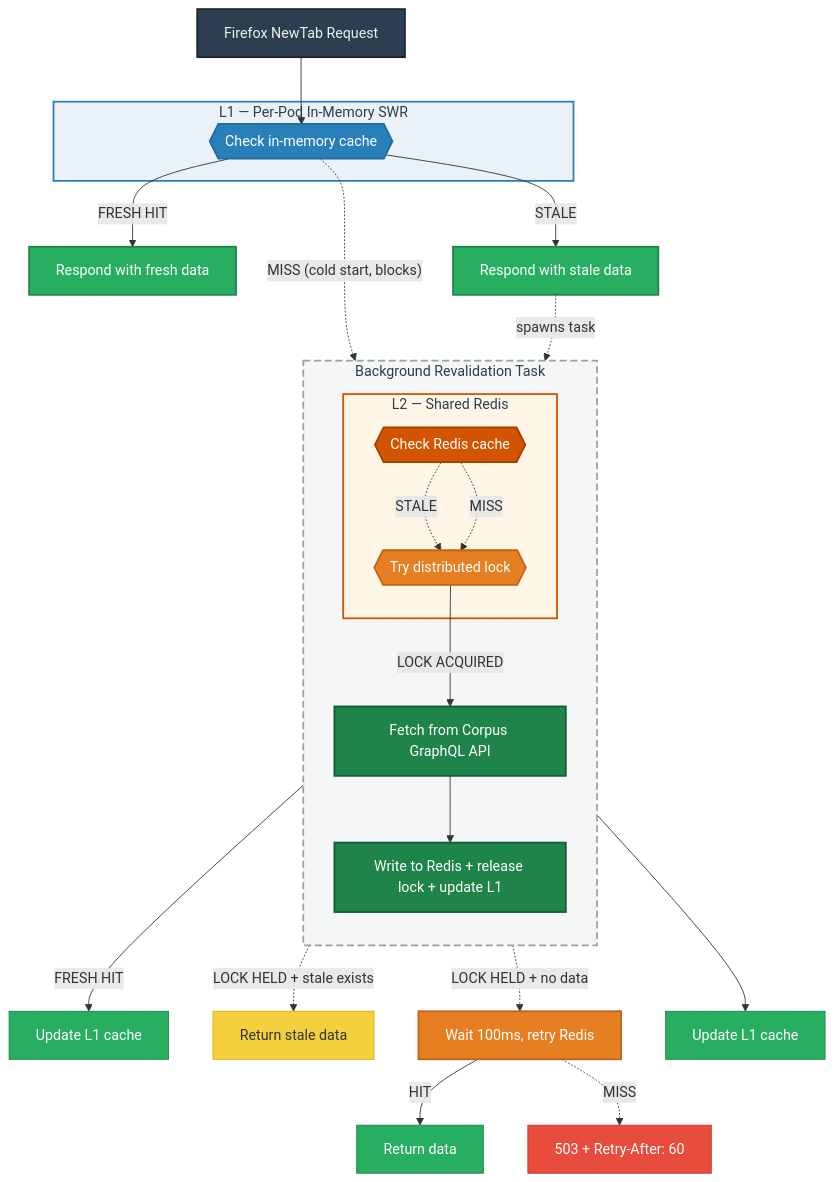
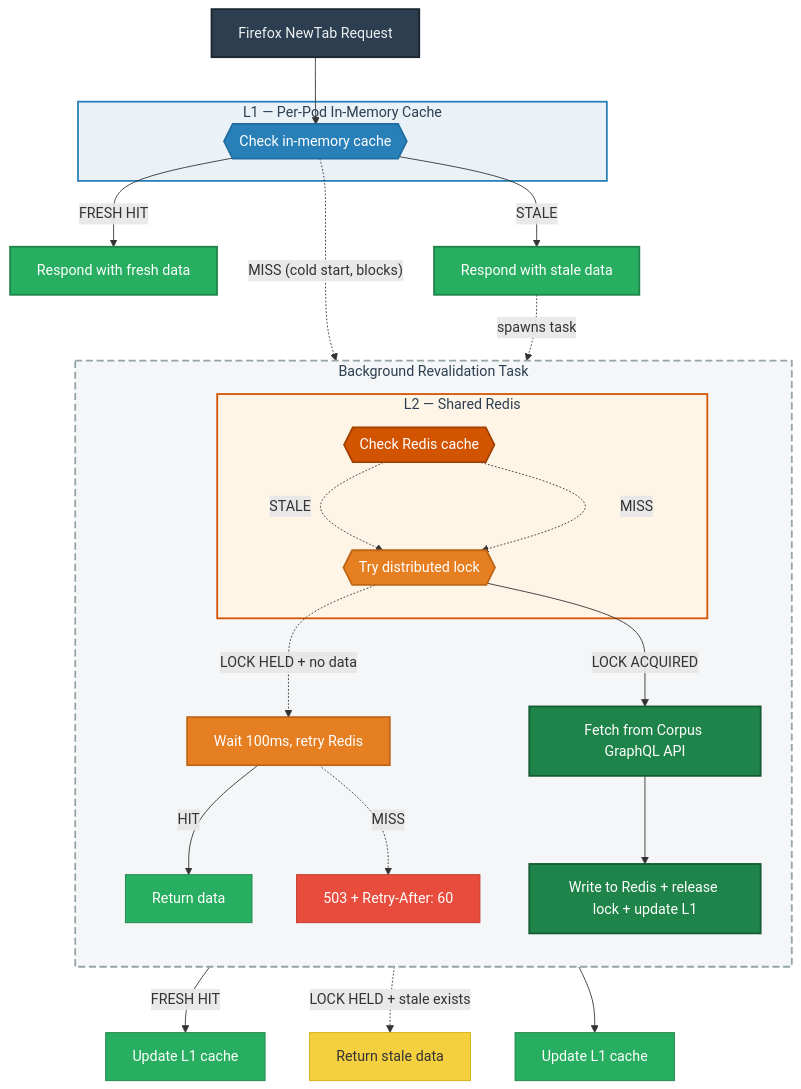
One commit to mozilla-services/merino-py changed the diagram in docs/operations/curated-recommendations/corpus-cache.md. Above: the diagram before and after it, drawn with Mermaid. The commit also changed other lines of this file and 2 other files, not shown here.

First line of the commit message:
Update corpus cache docs: fix accuracy, remove ephemeral rollout section

````diff
--- a/docs/operations/curated-recommendations/corpus-cache.md
+++ b/docs/operations/curated-recommendations/corpus-cache.md
@@ -11,62 +11,65 @@
 ```mermaid
 flowchart TB
     req["Firefox NewTab Request"]
 
-    subgraph L1 ["L1 — Per-Pod In-Memory SWR"]
+    subgraph L1 ["L1 — Per-Pod In-Memory Cache"]
         check_l1{{"Check in-memory cache"}}
     end
 
     respond_fresh["Respond with fresh data"]
     respond_stale["Respond with stale data"]
 
     subgraph bg ["Background Revalidation Task"]
         direction TB
 
         subgraph L2 ["L2 — Shared Redis"]
             check_l2{{"Check Redis cache"}}
             acquire_lock{{"Try distributed lock"}}
         end
 
         api["Fetch from Corpus GraphQL API"]
         write["Write to Redis + release lock + update L1"]
+        retry_redis["Wait 100ms, retry Redis"]
+        done_retry["Return data"]
+        return_503["503 + Retry-After: 60"]
     end
 
     req --> check_l1
 
     check_l1 -- "FRESH HIT" --> respond_fresh
     check_l1 -- "STALE" --> respond_stale
     check_l1 -. "MISS (cold start, blocks)" .-> check_l2
 
     respond_stale -. "spawns task" .-> check_l2
 
     check_l2 -- "FRESH HIT" --> done_l2["Update L1 cache"]
     check_l2 -. "STALE" .-> acquire_lock
     check_l2 -. "MISS" .-> acquire_lock
 
     acquire_lock -- "LOCK ACQUIRED" --> api
     acquire_lock -. "LOCK HELD + stale exists" .-> serve_stale["Return stale data"]
-    acquire_lock -. "LOCK HELD + no data" .-> retry_redis["Wait 100ms, retry Redis"]
+    acquire_lock -. "LOCK HELD + no data" .-> retry_redis
 
-    retry_redis -- "HIT" --> done_retry["Return data"]
-    retry_redis -. "MISS" .-> return_503["503 + Retry-After: 60"]
+    retry_redis -- "HIT" --> done_retry
+    retry_redis -. "MISS" .-> return_503
 
     api --> write --> done_api["Update L1 cache"]
 
     style req fill:#2c3e50,stroke:#1a252f,color:#ecf0f1,stroke-width:2px
     style check_l1 fill:#2980b9,stroke:#1f6da0,color:#fff,stroke-width:2px
     style check_l2 fill:#d35400,stroke:#a04000,color:#fff,stroke-width:2px
     style acquire_lock fill:#e67e22,stroke:#bf6516,color:#fff,stroke-width:2px
     style api fill:#1e8449,stroke:#145a32,color:#fff,stroke-width:2px
     style write fill:#1e8449,stroke:#145a32,color:#fff,stroke-width:2px
     style respond_fresh fill:#27ae60,stroke:#1e8449,color:#fff,stroke-width:2px
     style respond_stale fill:#27ae60,stroke:#1e8449,color:#fff,stroke-width:2px
     style serve_stale fill:#f4d03f,stroke:#d4ac0f,color:#333
     style retry_redis fill:#e67e22,stroke:#bf6516,color:#fff,stroke-width:2px
     style done_retry fill:#27ae60,stroke:#1e8449,color:#fff
     style return_503 fill:#e74c3c,stroke:#c0392b,color:#fff
     style done_l2 fill:#27ae60,stroke:#1e8449,color:#fff
     style done_api fill:#27ae60,stroke:#1e8449,color:#fff
     style L1 fill:#eaf2f8,stroke:#2980b9,stroke-width:2px,color:#2c3e50
     style L2 fill:#fef5e7,stroke:#d35400,stroke-width:2px,color:#2c3e50
     style bg fill:#f4f6f7,stroke:#95a5a6,stroke-width:2px,stroke-dasharray: 8 4,color:#2c3e50
 ```
````
